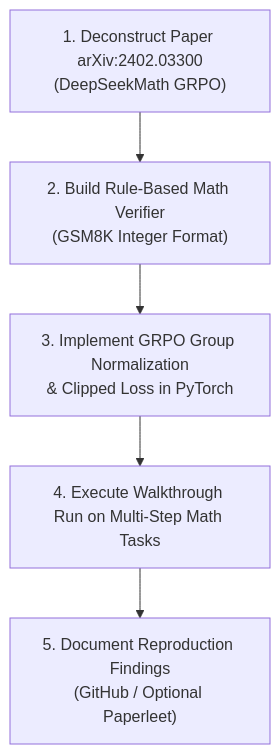
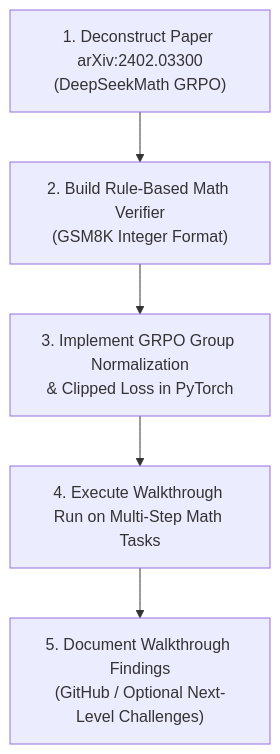
Before and after one commit to amirlankalm/ai-research-foundations: the first of 2 diagrams in 20_Capstone_GRPO_Loss_Walkthrough/README.md, drawn with Mermaid. The commit also changed other lines of this file and 37 other files, not shown here.

````diff
--- a/20_Capstone_GRPO_Loss_Walkthrough/README.md
+++ b/20_Capstone_GRPO_Loss_Walkthrough/README.md
@@ -22,7 +34,7 @@
 ```mermaid
 flowchart TD
     Read["1. Deconstruct Paper arXiv:2402.03300<br/>(DeepSeekMath GRPO)"] --> Verifier["2. Build Rule-Based Math Verifier<br/>(GSM8K Integer Format)"]
     Verifier --> Build["3. Implement GRPO Group Normalization<br/>& Clipped Loss in PyTorch"]
     Build --> Train["4. Execute Walkthrough Run on Multi-Step Math Tasks"]
-    Train --> Report["5. Document Reproduction Findings<br/>(GitHub / Optional Paperleet)"]
+    Train --> Report["5. Document Walkthrough Findings<br/>(GitHub / Optional Next-Level Challenges)"]
 ```
````
